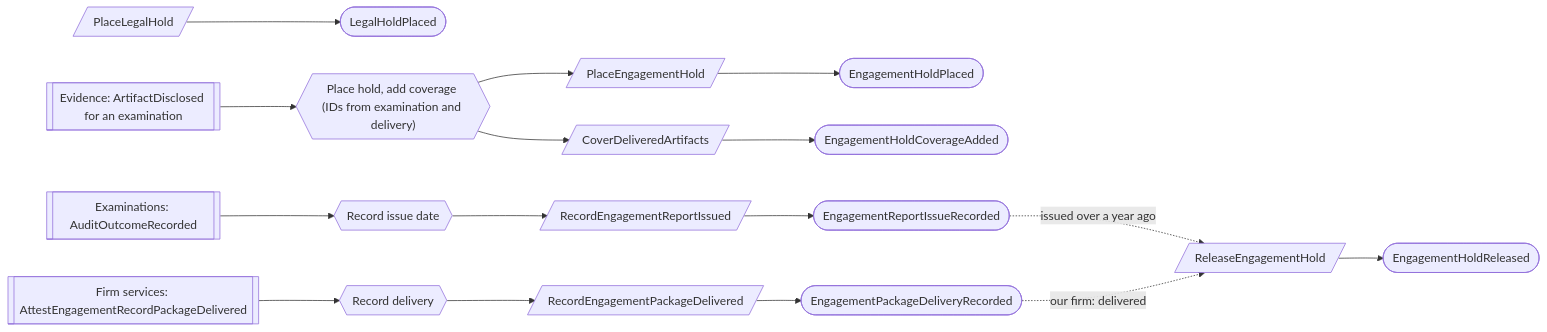
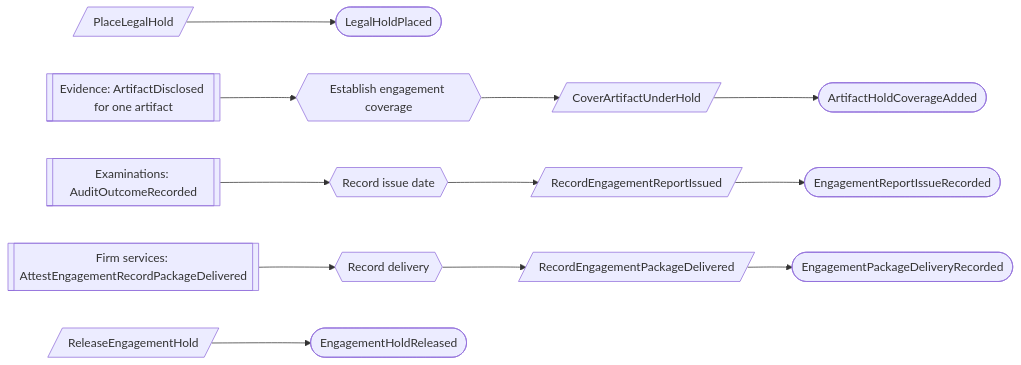
The second of 4 diagrams in docs/proposed/contexts/retention.md (bdgrz/compliance-core), drawn with Mermaid before and after one commit. The commit also changed other lines of this file and 1812 other files, not shown here.

````diff
--- a/docs/proposed/contexts/retention.md
+++ b/docs/proposed/contexts/retention.md
@@ -160,12 +236,9 @@
 ```mermaid
 flowchart LR
     C1[/PlaceLegalHold/] --> E1([LegalHoldPlaced])
-    X1[[Evidence: ArtifactDisclosed for an examination]] --> R1{{"Place hold, add coverage (IDs from examination and delivery)"}}
-    R1 --> C2[/PlaceEngagementHold/] --> E2([EngagementHoldPlaced])
-    R1 --> C3[/CoverDeliveredArtifacts/] --> E3([EngagementHoldCoverageAdded])
-    X2[[Examinations: AuditOutcomeRecorded]] --> R2{{Record issue date}} --> C4[/RecordEngagementReportIssued/] --> E4([EngagementReportIssueRecorded])
-    X3[[Firm services: AttestEngagementRecordPackageDelivered]] --> R3{{Record delivery}} --> C5[/RecordEngagementPackageDelivered/] --> E5([EngagementPackageDeliveryRecorded])
-    E4 -. "issued over a year ago" .-> C6[/ReleaseEngagementHold/]
-    E5 -. "our firm: delivered" .-> C6
-    C6 --> E6([EngagementHoldReleased])
+    C2[/CoverArtifactUnderHold/] --> E2([ArtifactHoldCoverageAdded])
+    X1[[Evidence: ArtifactDisclosed for one artifact]] --> R1{{Establish engagement coverage}} --> C2
+    X2[[Examinations: AuditOutcomeRecorded]] --> R2{{Record issue date}} --> C3[/RecordEngagementReportIssued/] --> E3([EngagementReportIssueRecorded])
+    X3[[Firm services: AttestEngagementRecordPackageDelivered]] --> R3{{Record delivery}} --> C4[/RecordEngagementPackageDelivered/] --> E4([EngagementPackageDeliveryRecorded])
+    C5[/ReleaseEngagementHold/] --> E5([EngagementHoldReleased])
 ```
````
